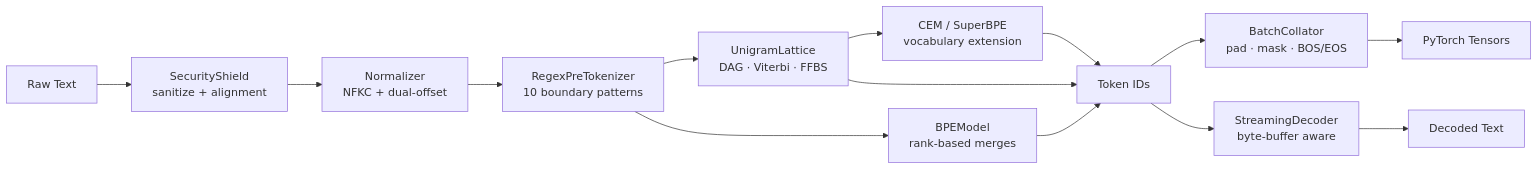
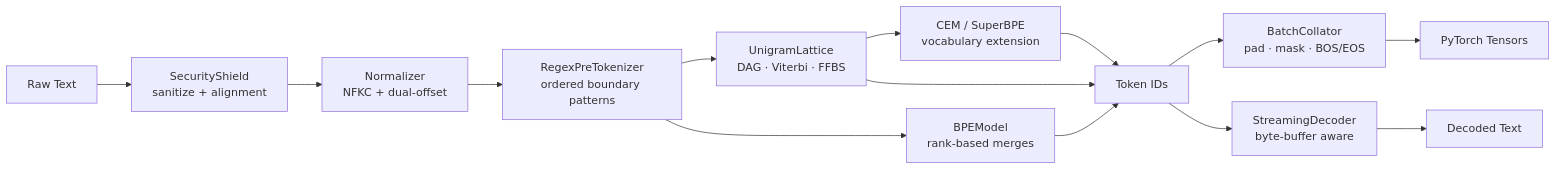
One commit to umran666/UniqToken changed the first of 2 diagrams in README.md. Above: the diagram before and after it, drawn with Mermaid. The commit also changed other lines of this file and 6 other files, not shown here.

````diff
--- a/README.md
+++ b/README.md
@@ -344,16 +346,16 @@
 ```mermaid
 flowchart LR
     A["Raw Text"] --> B["SecurityShield<br/>sanitize + alignment"]
     B --> C["Normalizer<br/>NFKC + dual-offset"]
-    C --> D["RegexPreTokenizer<br/>10 boundary patterns"]
+    C --> D["RegexPreTokenizer<br/>ordered boundary patterns"]
     D --> E1["UnigramLattice<br/>DAG · Viterbi · FFBS"]
     D --> E2["BPEModel<br/>rank-based merges"]
     E1 --> F["CEM / SuperBPE<br/>vocabulary extension"]
     E1 --> G["Token IDs"]
     E2 --> G
     F --> G
     G --> H["BatchCollator<br/>pad · mask · BOS/EOS"]
     G --> I["StreamingDecoder<br/>byte-buffer aware"]
     H --> J["PyTorch Tensors"]
     I --> K["Decoded Text"]
 ```
````
